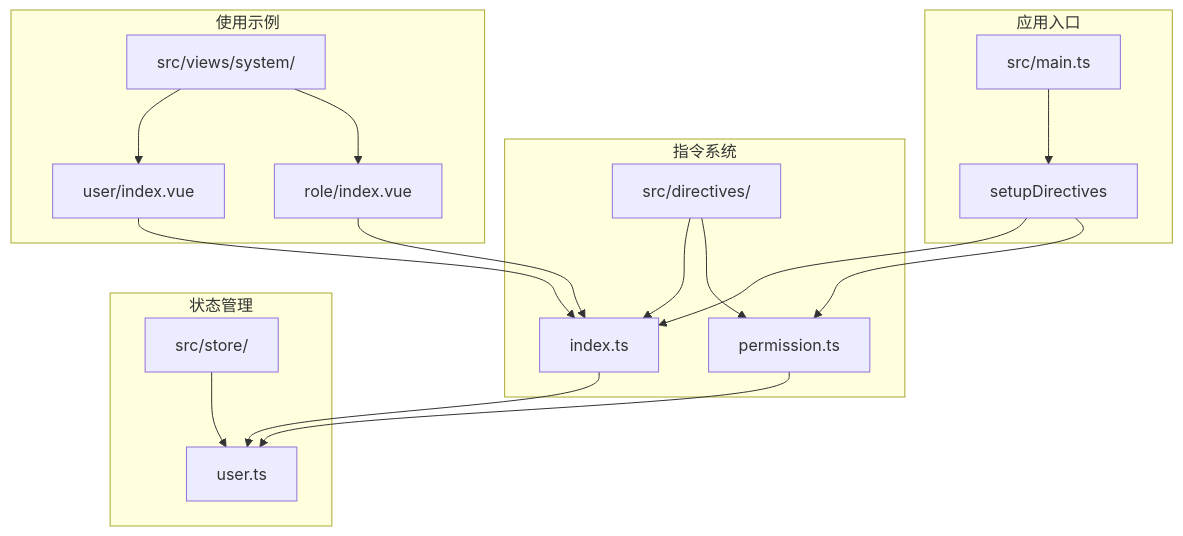
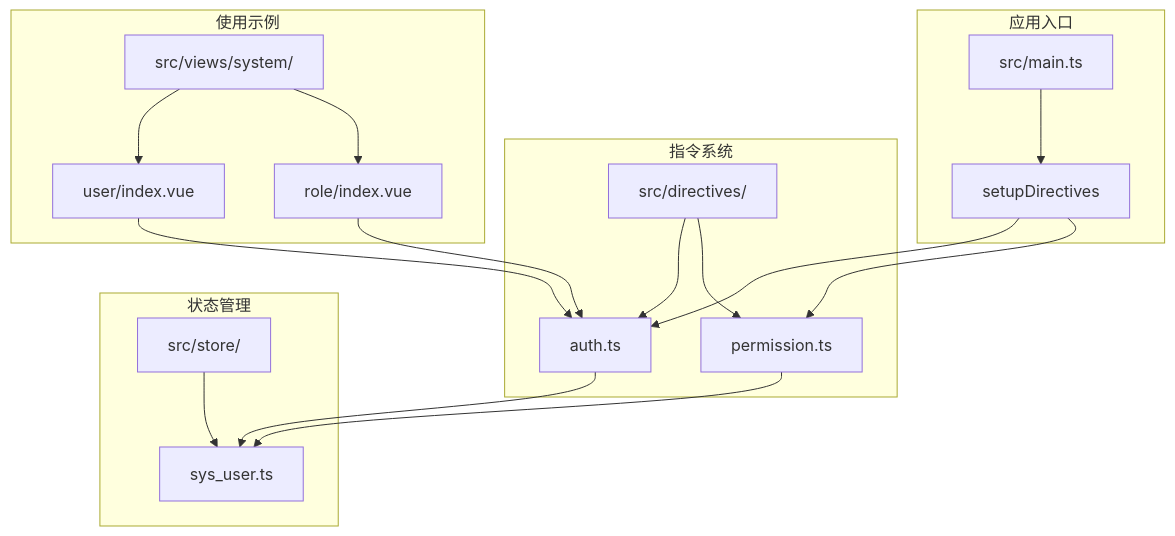
Before and after one commit to qiseyun/vue-ts-admin: the first of 7 diagrams in .qoder/repowiki/zh/content/组件与工具库/自定义指令.md, drawn with Mermaid. The commit also changed other lines of this file and 42 other files, not shown here.

````diff
--- a/.qoder/repowiki/zh/content/组件与工具库/自定义指令.md
+++ b/.qoder/repowiki/zh/content/组件与工具库/自定义指令.md
@@ -37,23 +37,23 @@
 ```mermaid
 graph TB
 subgraph "指令系统"
-A[src/directives/] --> B[index.ts]
+A[src/directives/] --> B[auth.ts]
 A --> C[permission.ts]
 end
 subgraph "应用入口"
 D[src/main.ts] --> E[setupDirectives]
 end
 subgraph "状态管理"
-F[src/store/] --> G[user.ts]
+F[src/store/] --> G[sys_user.ts]
 end
 subgraph "使用示例"
 H[src/views/system/] --> I[user/index.vue]
 H --> J[role/index.vue]
 end
 B --> G
 C --> G
 E --> B
 E --> C
 I --> B
 J --> B
 ```
````
